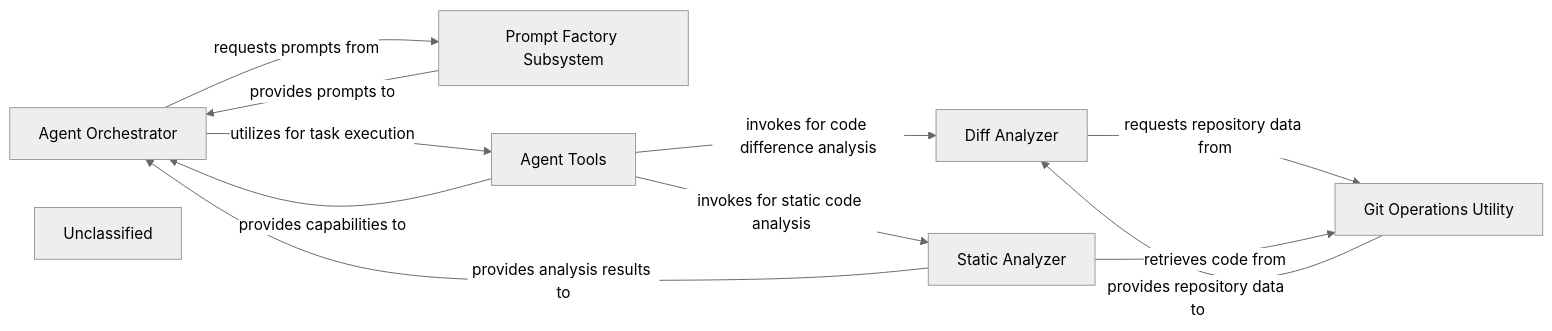
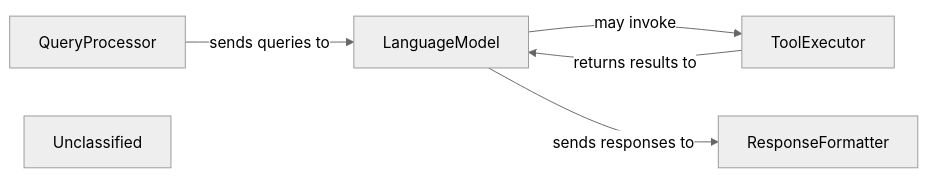
The diagram in .codeboarding/Repository_Manager.md (mariyam866/CodeBoarding), drawn with Mermaid (neutral theme) before and after one commit. The commit also changed other lines of this file and 15 other files, not shown here.

First line of the commit message:
docs: update codeboarding documentation and generate architecture

````diff
--- a/.codeboarding/Repository_Manager.md
+++ b/.codeboarding/Repository_Manager.md
@@ -1,20 +1,12 @@
 ```mermaid
 graph LR
-    Agent_Orchestrator["Agent Orchestrator"]
-    Prompt_Factory_Subsystem["Prompt Factory Subsystem"]
-    Agent_Tools["Agent Tools"]
-    Diff_Analyzer["Diff Analyzer"]
-    Git_Operations_Utility["Git Operations Utility"]
-    Static_Analyzer["Static Analyzer"]
+    QueryProcessor["QueryProcessor"]
+    LanguageModel["LanguageModel"]
+    ToolExecutor["ToolExecutor"]
+    ResponseFormatter["ResponseFormatter"]
     Unclassified["Unclassified"]
-    Agent_Orchestrator -- "requests prompts from" --> Prompt_Factory_Subsystem
-    Prompt_Factory_Subsystem -- "provides prompts to" --> Agent_Orchestrator
-    Agent_Orchestrator -- "utilizes for task execution" --> Agent_Tools
-    Agent_Tools -- "provides capabilities to" --> Agent_Orchestrator
-    Agent_Tools -- "invokes for code difference analysis" --> Diff_Analyzer
-    Diff_Analyzer -- "requests repository data from" --> Git_Operations_Utility
-    Git_Operations_Utility -- "provides repository data to" --> Diff_Analyzer
-    Agent_Tools -- "invokes for static code analysis" --> Static_Analyzer
-    Static_Analyzer -- "retrieves code from" --> Git_Operations_Utility
-    Static_Analyzer -- "provides analysis results to" --> Agent_Orchestrator
+    QueryProcessor -- "sends queries to" --> LanguageModel
+    LanguageModel -- "may invoke" --> ToolExecutor
+    ToolExecutor -- "returns results to" --> LanguageModel
+    LanguageModel -- "sends responses to" --> ResponseFormatter
 ```
````
